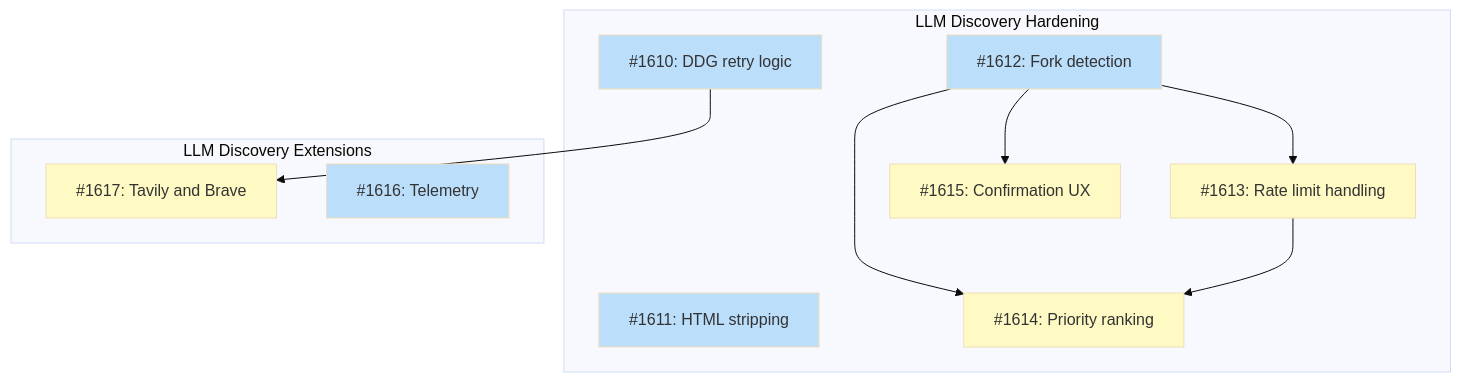
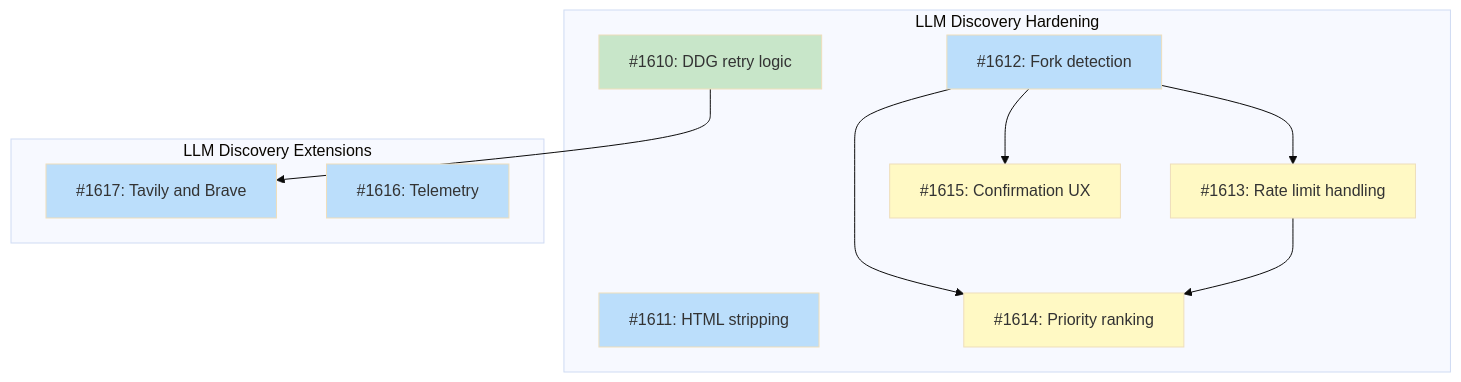
One commit to tsukumogami/tsuku changed the diagram in docs/designs/DESIGN-llm-discovery-implementation.md. Above: the diagram before and after it, drawn with Mermaid (base theme). The commit also changed 5 other files, not shown here.

````diff
--- a/docs/designs/DESIGN-llm-discovery-implementation.md
+++ b/docs/designs/DESIGN-llm-discovery-implementation.md
@@ -61,30 +61,31 @@
 ```mermaid
 graph TD
     subgraph Hardening["LLM Discovery Hardening"]
         I1610["#1610: DDG retry logic"]
         I1611["#1611: HTML stripping"]
         I1612["#1612: Fork detection"]
         I1613["#1613: Rate limit handling"]
         I1614["#1614: Priority ranking"]
         I1615["#1615: Confirmation UX"]
     end
 
     subgraph Extensions["LLM Discovery Extensions"]
         I1617["#1617: Tavily and Brave"]
         I1616["#1616: Telemetry"]
     end
 
     I1610 --> I1617
     I1612 --> I1613
     I1612 --> I1614
     I1612 --> I1615
     I1613 --> I1614
 
     classDef done fill:#c8e6c9
     classDef ready fill:#bbdefb
     classDef blocked fill:#fff9c4
     classDef needsDesign fill:#e1bee7
 
-    class I1610,I1611,I1612,I1616 ready
-    class I1613,I1614,I1615,I1617 blocked
+    class I1610 done
+    class I1611,I1612,I1616,I1617 ready
+    class I1613,I1614,I1615 blocked
 ```
````
